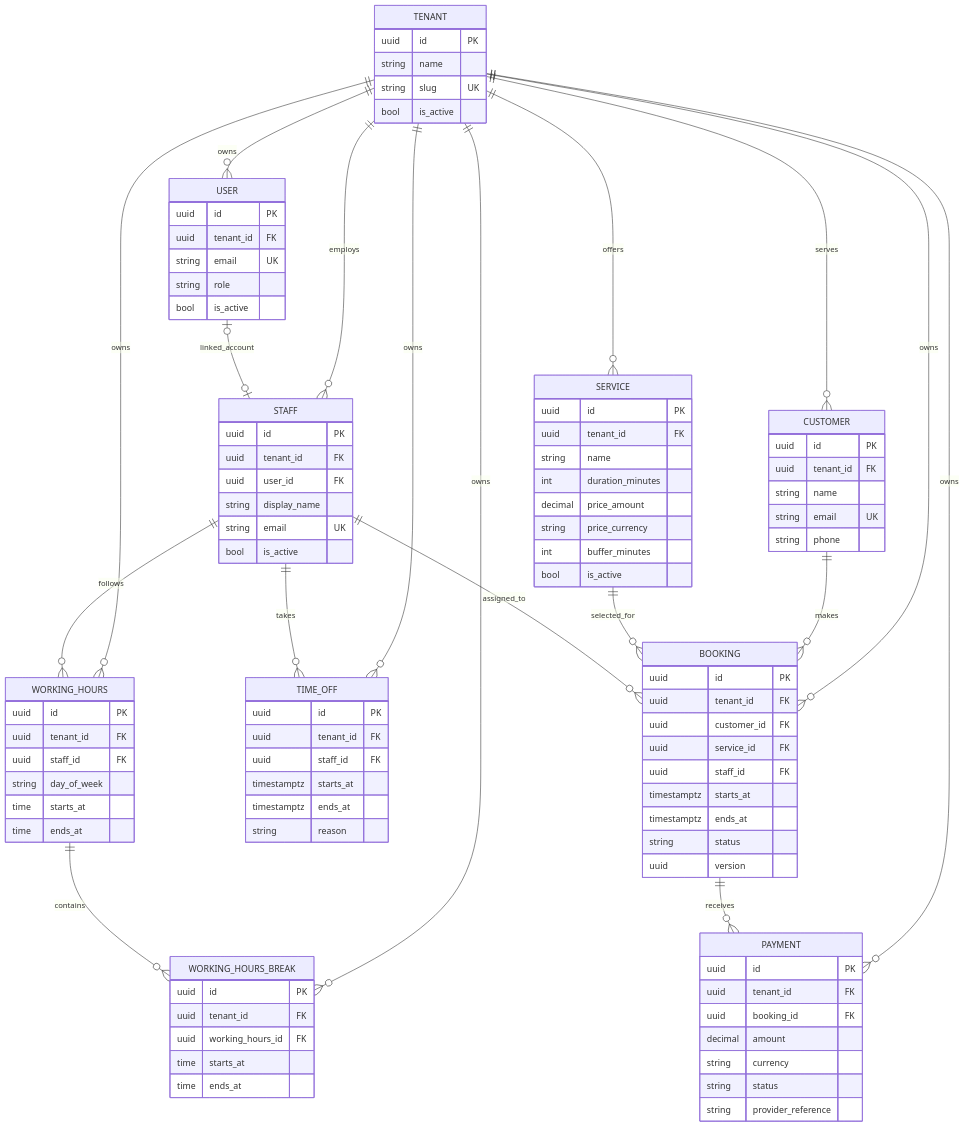
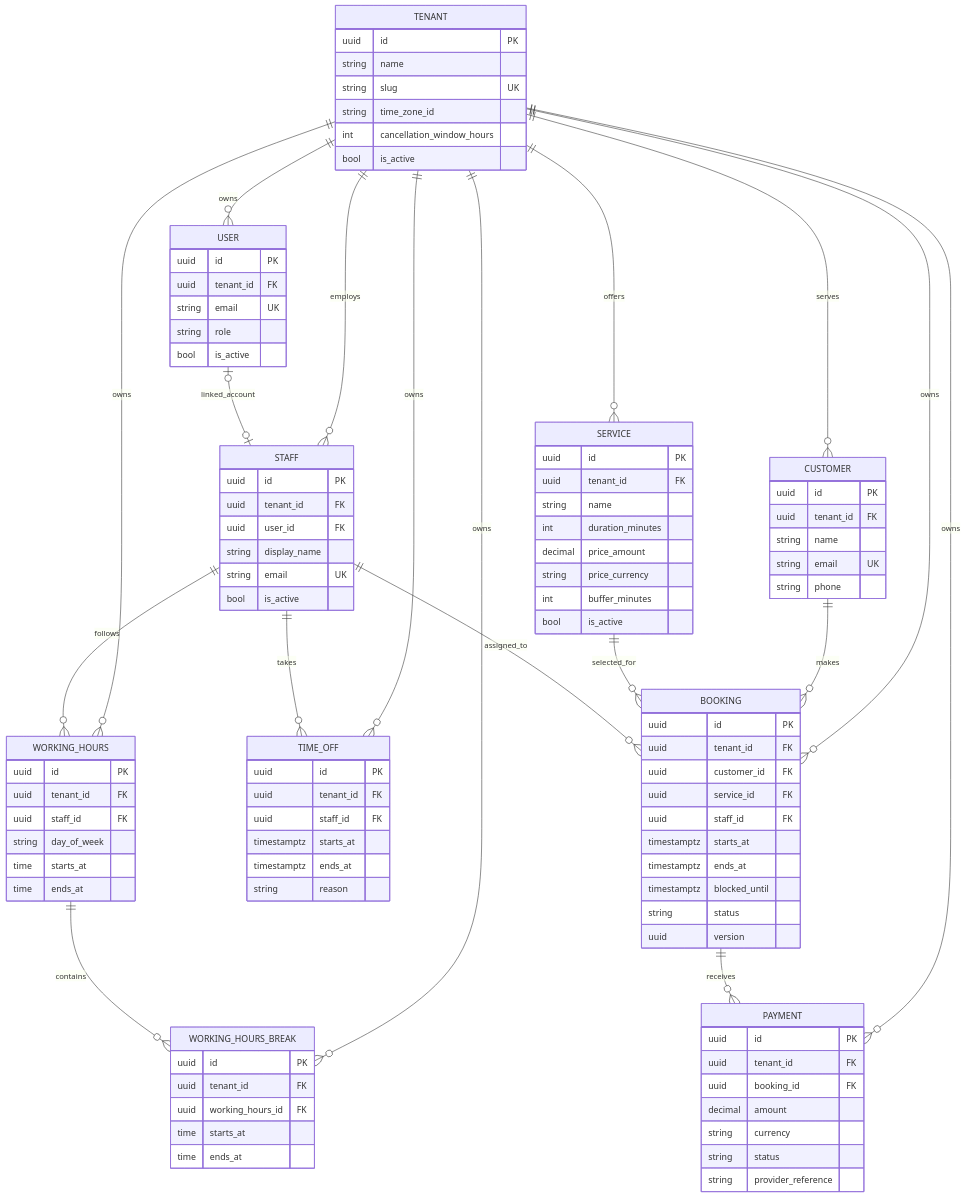
The diagram in docs/architecture.md (BenkacemIbrahim/.NET), drawn with Mermaid before and after one commit. The commit also changed other lines of this file and 4 other files, not shown here.

```diff
--- a/docs/architecture.md
+++ b/docs/architecture.md
@@ -74,6 +73,8 @@
         uuid id PK
         string name
         string slug UK
+        string time_zone_id
+        int cancellation_window_hours
         bool is_active
     }
     USER {
@@ -139,6 +140,7 @@
         uuid staff_id FK
         timestamptz starts_at
         timestamptz ends_at
+        timestamptz blocked_until
         string status
         uuid version
     }
```
